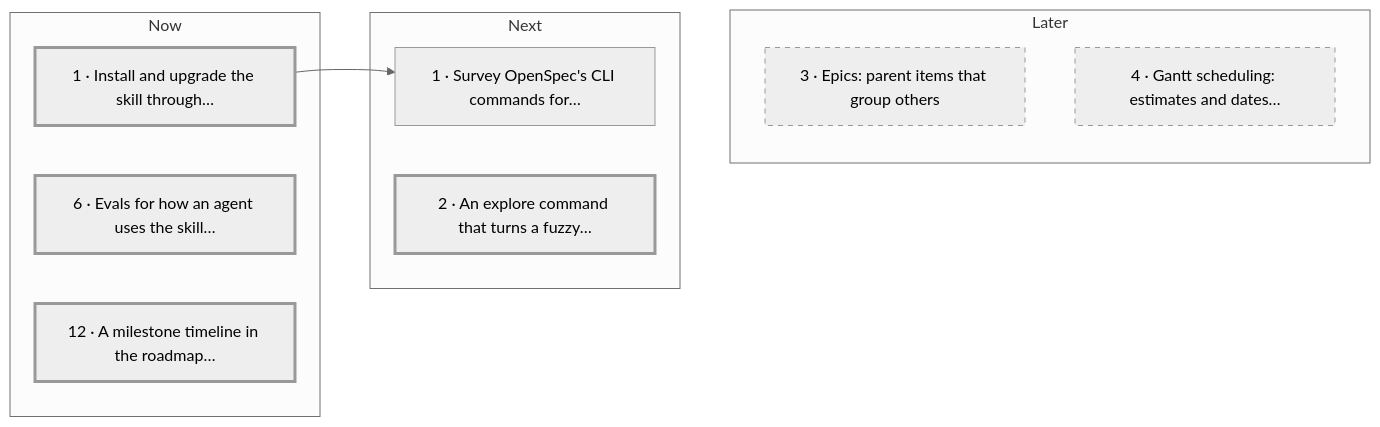
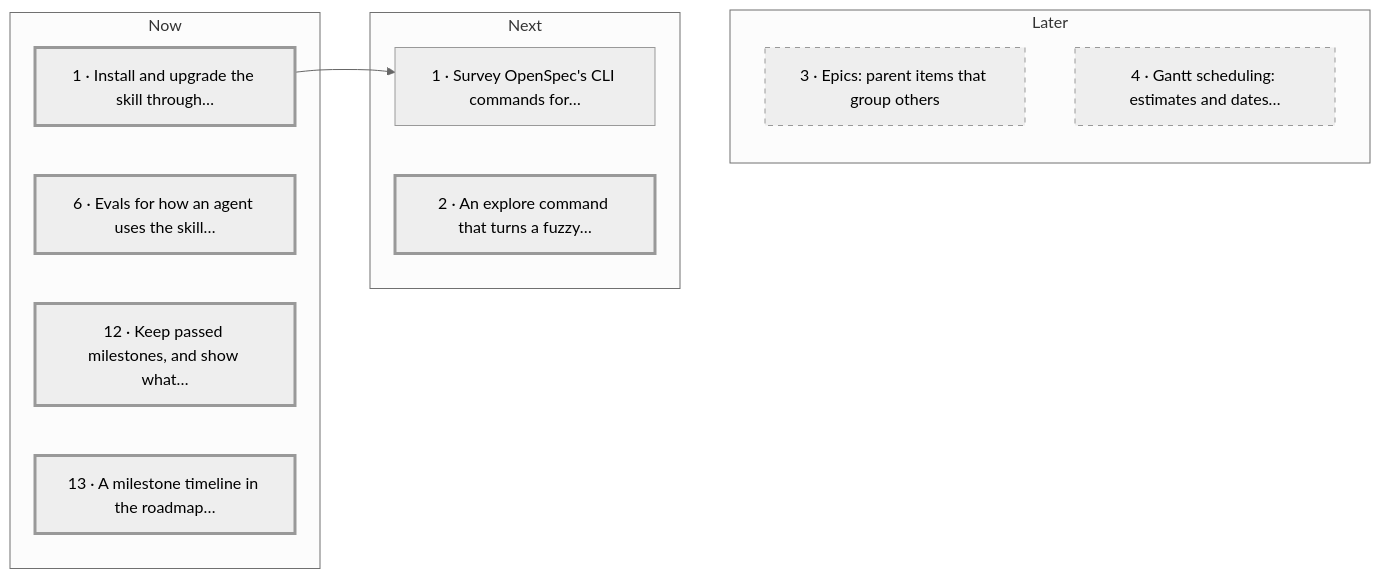
Before and after one commit to carby/simple-agentic-roadmap-skill: the diagram in roadmap/README.md, drawn with Mermaid (neutral theme). The commit also changed other lines of this file and 2 other files, not shown here.

Commit message:
docs(roadmap): file milestone-history

````diff
--- a/roadmap/README.md
+++ b/roadmap/README.md
@@ -42,22 +42,23 @@
 ```mermaid
 flowchart LR
   subgraph b_now ["Now"]
     i_npm_installer["1 · Install and upgrade the skill through…"]
     i_agent_behaviour_evals["6 · Evals for how an agent uses the skill…"]
-    i_milestone_timeline["12 · A milestone timeline in the roadmap…"]
+    i_milestone_history["12 · Keep passed milestones, and show what…"]
+    i_milestone_timeline["13 · A milestone timeline in the roadmap…"]
   end
   subgraph b_next ["Next"]
     i_openspec_command_parity["1 · Survey OpenSpec's CLI commands for…"]
     i_explore_command["2 · An explore command that turns a fuzzy…"]
   end
   subgraph b_later ["Later"]
     i_epics["3 · Epics: parent items that group others"]
     i_gantt_scheduling["4 · Gantt scheduling: estimates and dates…"]
   end
   b_now ~~~ b_next ~~~ b_later
   i_npm_installer --> i_openspec_command_parity
   classDef ready stroke-width: 3px
-  class i_npm_installer,i_agent_behaviour_evals,i_milestone_timeline,i_explore_command ready
+  class i_npm_installer,i_agent_behaviour_evals,i_milestone_history,i_milestone_timeline,i_explore_command ready
   classDef later stroke-dasharray: 5 5
   class i_epics,i_gantt_scheduling later
 ```
````
